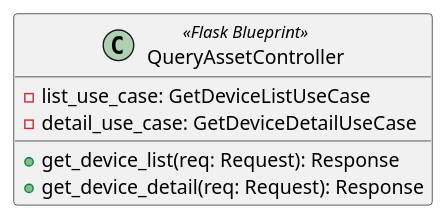
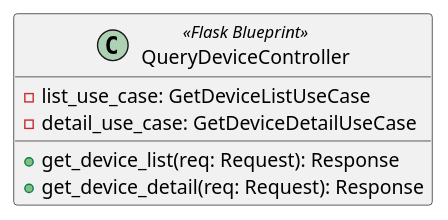
One commit to GroupRubberDuck/Documentazione changed the diagram in src/PB/DocumentazioneEsterna/Specifica_Tecnica/content/uml/puml/Diagrammi_classi/Backend/InboundAdapters/QueryDeviceController.puml. Above: the diagram before and after it, drawn with PlantUML. The commit also changed 5 other files, not shown here.

Commit message:
Feat: diagrammi dashboard

```diff
--- a/src/PB/DocumentazioneEsterna/Specifica_Tecnica/content/uml/puml/Diagrammi_classi/Backend/InboundAdapters/QueryDeviceController.puml
+++ b/src/PB/DocumentazioneEsterna/Specifica_Tecnica/content/uml/puml/Diagrammi_classi/Backend/InboundAdapters/QueryDeviceController.puml
@@ -1,11 +1,11 @@
-@startuml QueryAssetController
+@startuml QueryDeviceController
 
-class QueryAssetController <<Flask Blueprint>> {
+class QueryDeviceController <<Flask Blueprint>> {
     - list_use_case: GetDeviceListUseCase
     - detail_use_case: GetDeviceDetailUseCase
 
     + get_device_list(req: Request): Response
     + get_device_detail(req: Request): Response
 }
 
 @enduml
```
